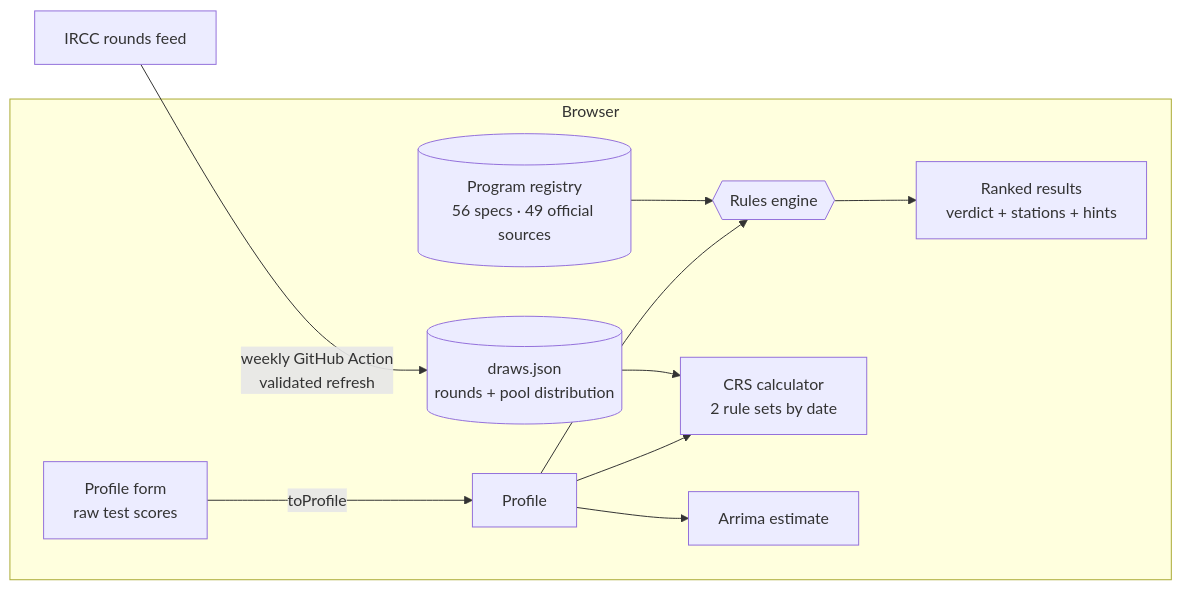
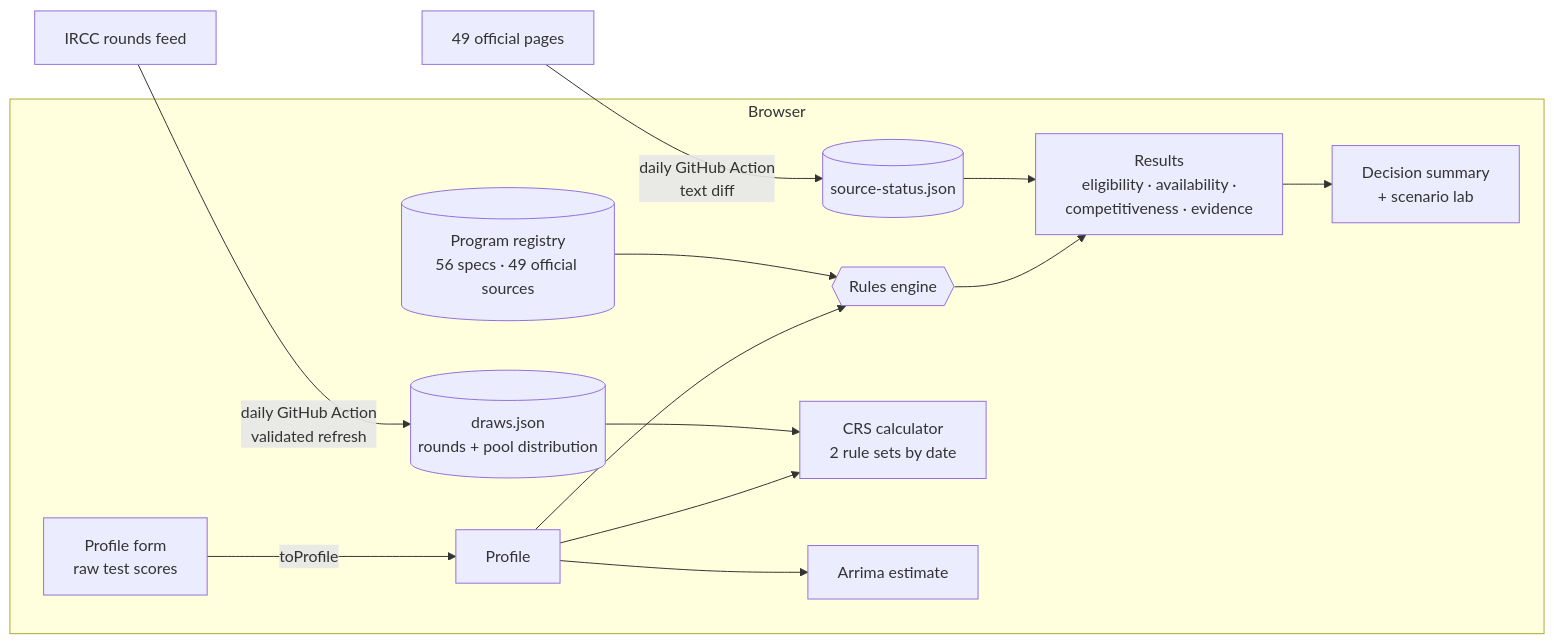
One commit to EllenSyuu/IMMCA changed the diagram in README.md. Above: the diagram before and after it, drawn with Mermaid. The commit also changed other lines of this file and 12 other files, not shown here.

````diff
--- a/README.md
+++ b/README.md
@@ -45,13 +48,16 @@
 ```mermaid
 flowchart LR
   subgraph Browser
     F[Profile form<br/>raw test scores] -->|toProfile| P[Profile]
     P --> E{{Rules engine}}
     R[(Program registry<br/>56 specs · 49 official sources)] --> E
-    E --> V[Ranked results<br/>verdict + stations + hints]
+    E --> V[Results<br/>eligibility · availability ·<br/>competitiveness · evidence]
+    V --> S[Decision summary<br/>+ scenario lab]
+    M[(source-status.json)] --> V
     P --> C[CRS calculator<br/>2 rule sets by date]
     P --> A[Arrima estimate]
     D[(draws.json<br/>rounds + pool distribution)] --> C
   end
-  I[IRCC rounds feed] -->|weekly GitHub Action<br/>validated refresh| D
+  I[IRCC rounds feed] -->|daily GitHub Action<br/>validated refresh| D
+  G[49 official pages] -->|daily GitHub Action<br/>text diff| M
 ```
````
